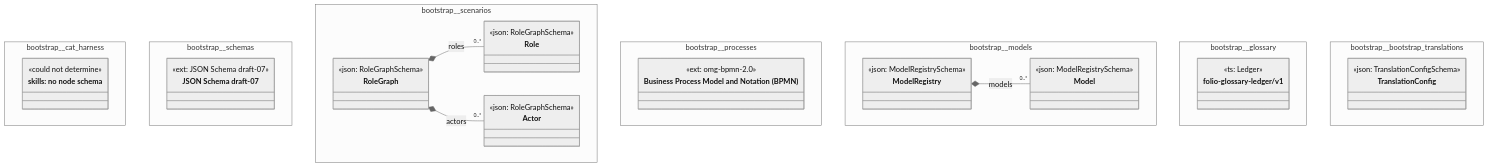
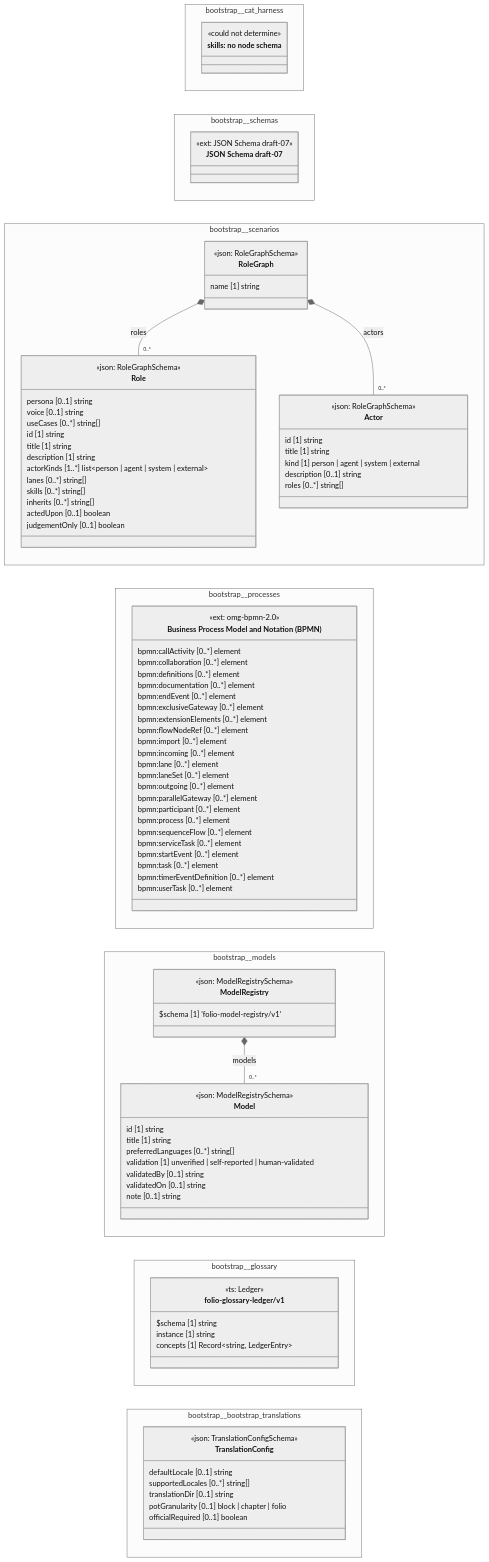
Before and after one commit to litlfred/folio-assistant: the diagram in cat-harness/docs/uml/overview/bootstrap.md, drawn with Mermaid (neutral theme). The commit also changed 92 other files, not shown here.

First line of the commit message:
uml: data fields and a vertical stack on the overview; PlantUML coloured from uml.css

````diff
--- a/cat-harness/docs/uml/overview/bootstrap.md
+++ b/cat-harness/docs/uml/overview/bootstrap.md
@@ -12,6 +12,6 @@
 ```mermaid
 classDiagram
-  direction TB
+  direction LR
   namespace bootstrap__cat_harness {
     class n_bootstrap_cat_harness_skills["skills: no node schema"] {
       <<could not determine>>
@@ -25,35 +25,91 @@
   namespace bootstrap__scenarios {
     class bootstrap_scenarios_Role["Role"] {
       <<json: RoleGraphSchema>>
+      persona [0..1] string
+      voice [0..1] string
+      useCases [0..*] string[]
+      id [1] string
+      title [1] string
+      description [1] string
+      actorKinds [1..*] list~person | agent | system | external~
+      lanes [0..*] string[]
+      skills [0..*] string[]
+      inherits [0..*] string[]
+      actedUpon [0..1] boolean
+      judgementOnly [0..1] boolean
     }
     class bootstrap_scenarios_Actor["Actor"] {
       <<json: RoleGraphSchema>>
+      id [1] string
+      title [1] string
+      kind [1] person | agent | system | external
+      description [0..1] string
+      roles [0..*] string[]
     }
     class bootstrap_scenarios_RoleGraph["RoleGraph"] {
       <<json: RoleGraphSchema>>
+      name [1] string
     }
   }
   namespace bootstrap__processes {
     class bootstrap_processes_omg_bpmn_2_0["Business Process Model and Notation (BPMN)"] {
       <<ext: omg-bpmn-2.0>>
+      bpmn:callActivity [0..*] element
+      bpmn:collaboration [0..*] element
+      bpmn:definitions [0..*] element
+      bpmn:documentation [0..*] element
+      bpmn:endEvent [0..*] element
+      bpmn:exclusiveGateway [0..*] element
+      bpmn:extensionElements [0..*] element
+      bpmn:flowNodeRef [0..*] element
+      bpmn:import [0..*] element
+      bpmn:incoming [0..*] element
+      bpmn:lane [0..*] element
+      bpmn:laneSet [0..*] element
+      bpmn:outgoing [0..*] element
+      bpmn:parallelGateway [0..*] element
+      bpmn:participant [0..*] element
+      bpmn:process [0..*] element
+      bpmn:sequenceFlow [0..*] element
+      bpmn:serviceTask [0..*] element
+      bpmn:startEvent [0..*] element
+      bpmn:task [0..*] element
+      bpmn:timerEventDefinition [0..*] element
+      bpmn:userTask [0..*] element
     }
   }
   namespace bootstrap__models {
     class bootstrap_models_Model["Model"] {
       <<json: ModelRegistrySchema>>
+      id [1] string
+      title [1] string
+      preferredLanguages [0..*] string[]
+      validation [1] unverified | self-reported | human-validated
+      validatedBy [0..1] string
+      validatedOn [0..1] string
+      note [0..1] string
     }
     class bootstrap_models_ModelRegistry["ModelRegistry"] {
       <<json: ModelRegistrySchema>>
+      $schema [1] 'folio-model-registry/v1'
     }
   }
   namespace bootstrap__glossary {
     class bootstrap_glossary_folio_glossary_ledger_v1["folio-glossary-ledger/v1"] {
       <<ts: Ledger>>
+      $schema [1] string
+      instance [1] string
+      concepts [1] Record~string, LedgerEntry~
     }
   }
   namespace bootstrap__bootstrap_translations {
     class bootstrap_bootstrap_translations_TranslationConfig["TranslationConfig"] {
       <<json: TranslationConfigSchema>>
+      defaultLocale [0..1] string
+      supportedLocales [0..*] string[]
+      translationDir [0..1] string
+      potGranularity [0..1] block | chapter | folio
+      officialRequired [0..1] boolean
     }
   }
   cssClass "n_bootstrap_cat_harness_skills" fa_uml_kind_skills
````
